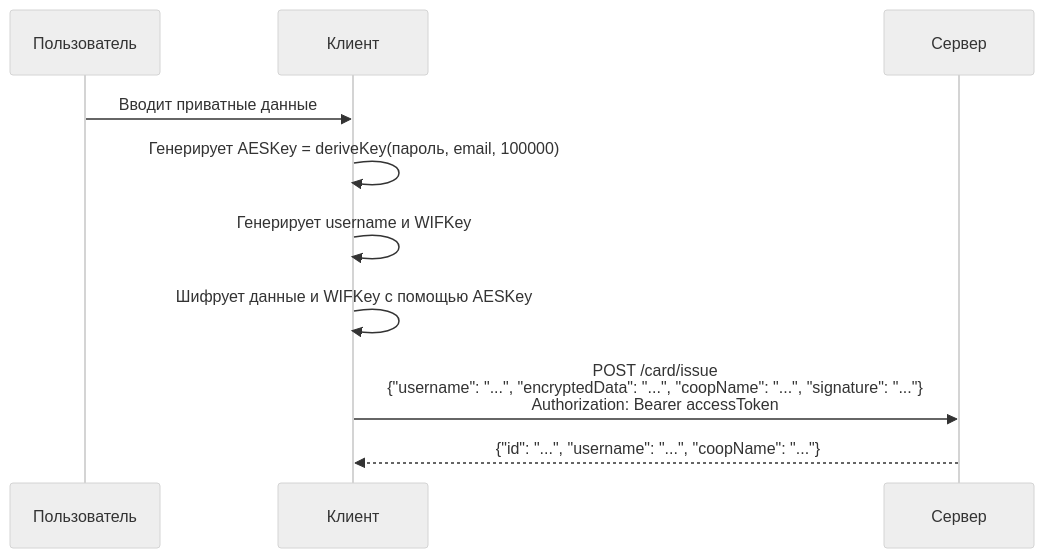
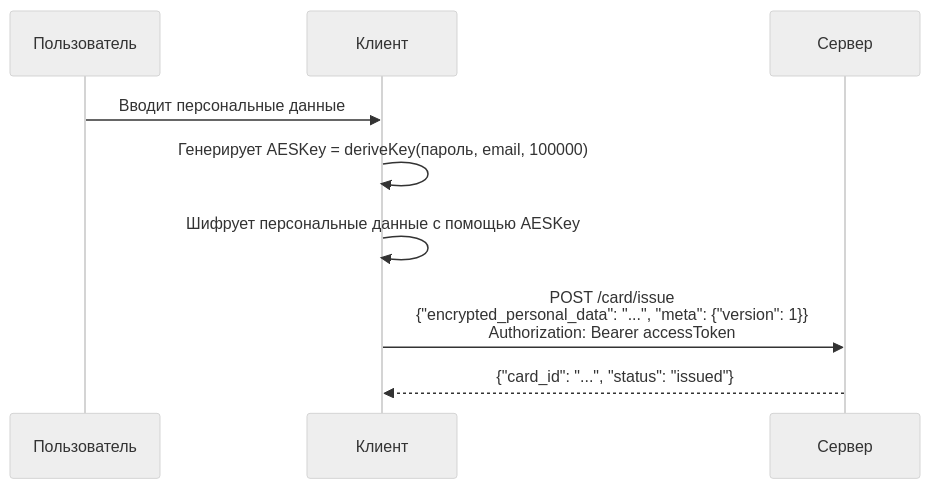
Before and after one commit to coopenomics/coopenomics: the third of 11 diagrams in docs/documentation/cardcoop.md, drawn with Mermaid (neutral theme). The commit also changed other lines of this file and 9 other files, not shown here.

````diff
--- a/docs/documentation/cardcoop.md
+++ b/docs/documentation/cardcoop.md
@@ -149,13 +188,12 @@
 ```mermaid
 sequenceDiagram
     participant Пользователь
     participant Клиент
     participant Сервер
 
-    Пользователь->>Клиент: Вводит приватные данные
+    Пользователь->>Клиент: Вводит персональные данные
     Клиент->>Клиент: Генерирует AESKey = deriveKey(пароль, email, 100000)
-    Клиент->>Клиент: Генерирует username и WIFKey
-    Клиент->>Клиент: Шифрует данные и WIFKey с помощью AESKey
-    Клиент->>Сервер: POST /card/issue<br/>{"username": "...", "encryptedData": "...", "coopName": "...", "signature": "..."}<br/>Authorization: Bearer accessToken
-    Сервер-->>Клиент: {"id": "...", "username": "...", "coopName": "..."}
+    Клиент->>Клиент: Шифрует персональные данные с помощью AESKey
+    Клиент->>Сервер: POST /card/issue<br/>{"encrypted_personal_data": "...", "meta": {"version": 1}}<br/>Authorization: Bearer accessToken
+    Сервер-->>Клиент: {"card_id": "...", "status": "issued"}
 ```
````
